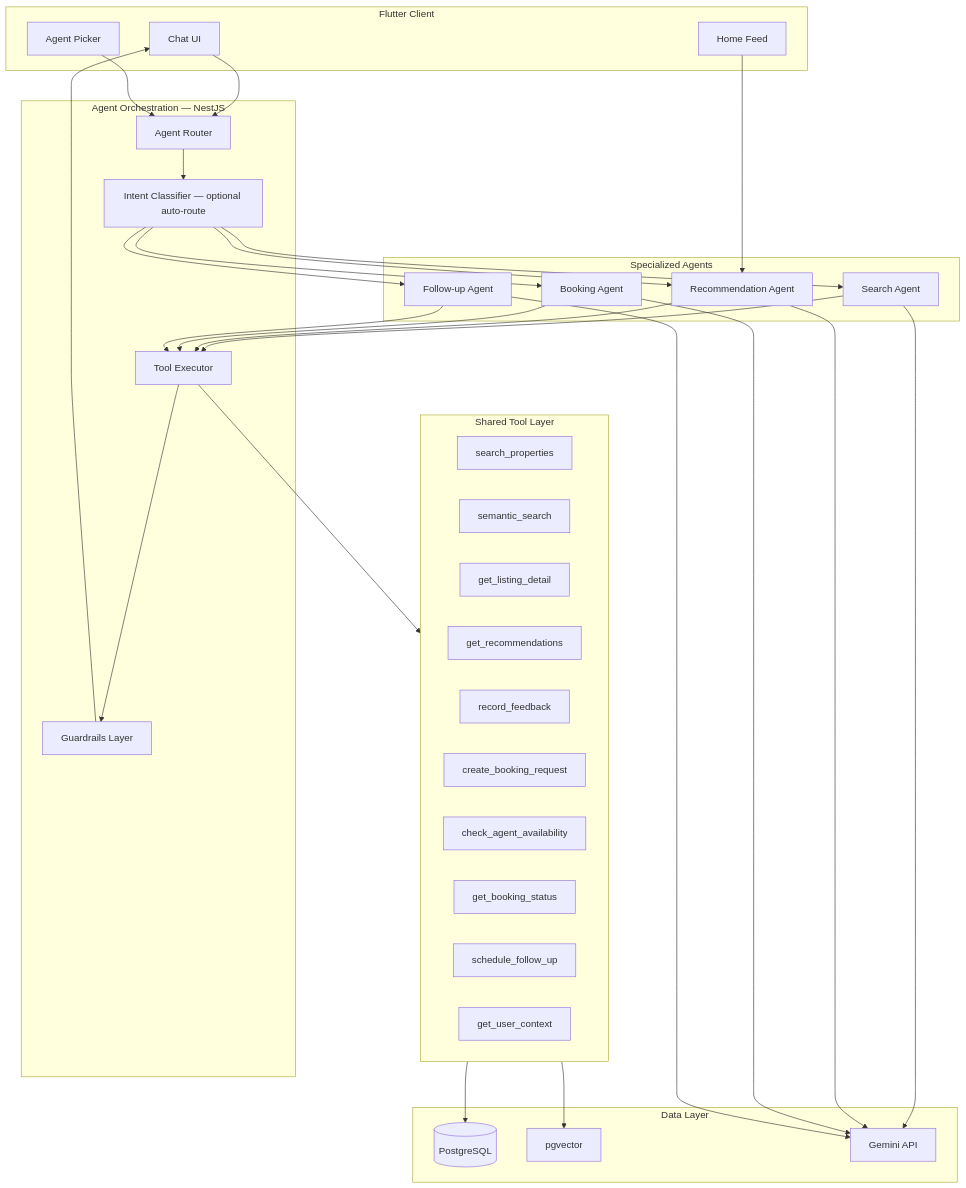
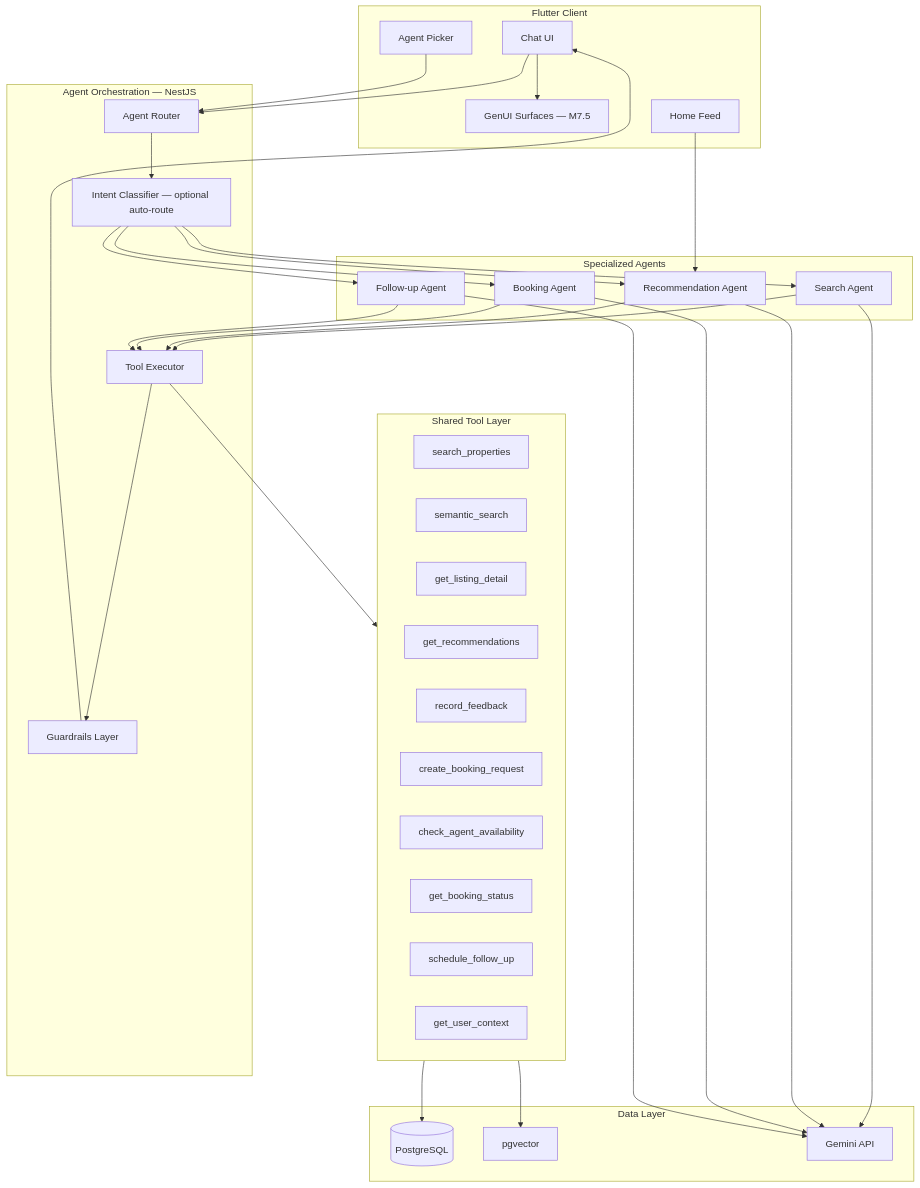
The first of 4 diagrams in architecture/ai_agent_architecture.md (Mostafa-Aboheaba/Real_Estate_Egypt), drawn with Mermaid before and after one commit. The commit also changed 130 other files, not shown here.

````diff
--- a/architecture/ai_agent_architecture.md
+++ b/architecture/ai_agent_architecture.md
@@ -22,62 +22,65 @@
 ```mermaid
 flowchart TB
     subgraph client [Flutter Client]
         Chat[Chat UI]
+        GenUI[GenUI Surfaces — M7.5]
         Picker[Agent Picker]
         Home[Home Feed]
     end
+
+    Chat --> GenUI
 
     subgraph orchestration [Agent Orchestration — NestJS]
         Router[Agent Router]
         Intent[Intent Classifier — optional auto-route]
         Executor[Tool Executor]
         Guard[Guardrails Layer]
     end
 
     subgraph agents [Specialized Agents]
         SA[Search Agent]
         RA[Recommendation Agent]
         BA[Booking Agent]
         FA[Follow-up Agent]
     end
 
     subgraph tools [Shared Tool Layer]
         T1[search_properties]
         T2[semantic_search]
         T3[get_listing_detail]
         T4[get_recommendations]
         T5[record_feedback]
         T6[create_booking_request]
         T7[check_agent_availability]
         T8[get_booking_status]
         T9[schedule_follow_up]
         T10[get_user_context]
     end
 
     subgraph data [Data Layer]
         PG[(PostgreSQL)]
         PGV[pgvector]
         Gem[Gemini API]
     end
 
     Chat --> Router
     Picker --> Router
     Home --> RA
     Router --> Intent
     Intent --> SA
     Intent --> RA
     Intent --> BA
     Intent --> FA
 
     SA --> Executor
     RA --> Executor
     BA --> Executor
     FA --> Executor
 
     Executor --> tools
     tools --> PG
     tools --> PGV
     SA & RA & BA & FA --> Gem
     Executor --> Guard
     Guard --> Chat
 ```
````
